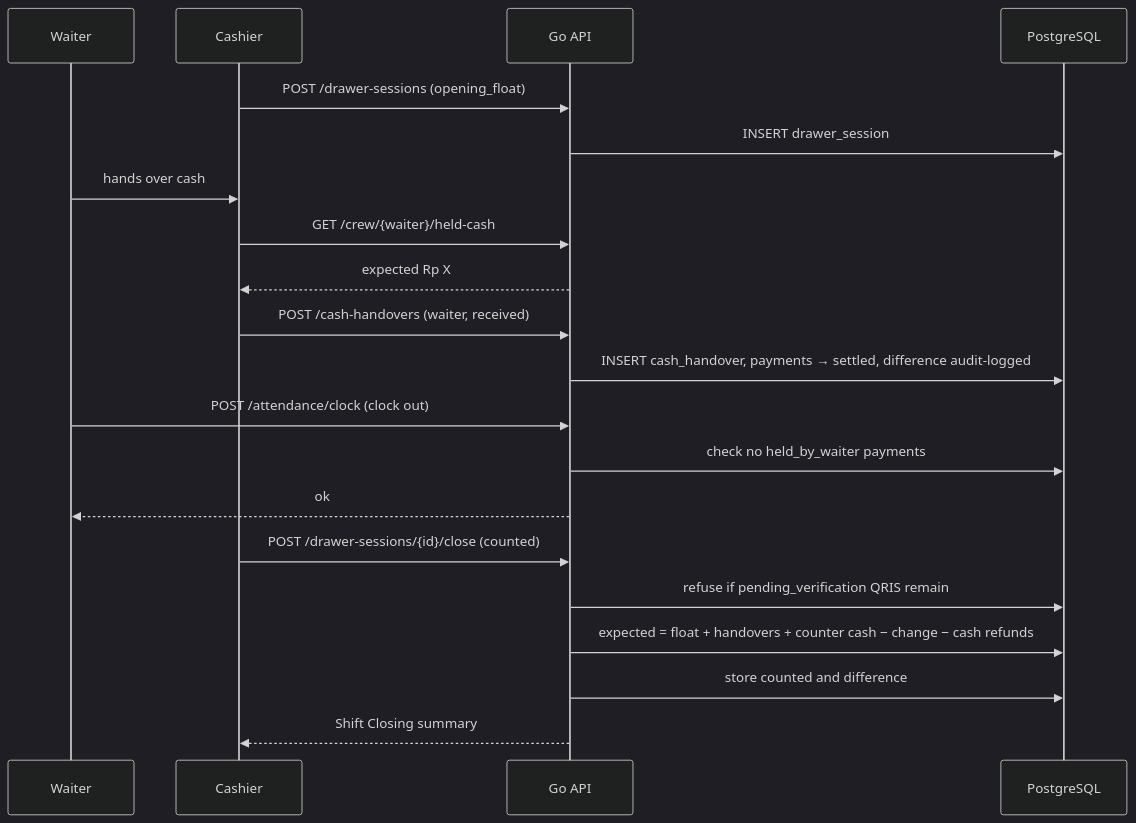
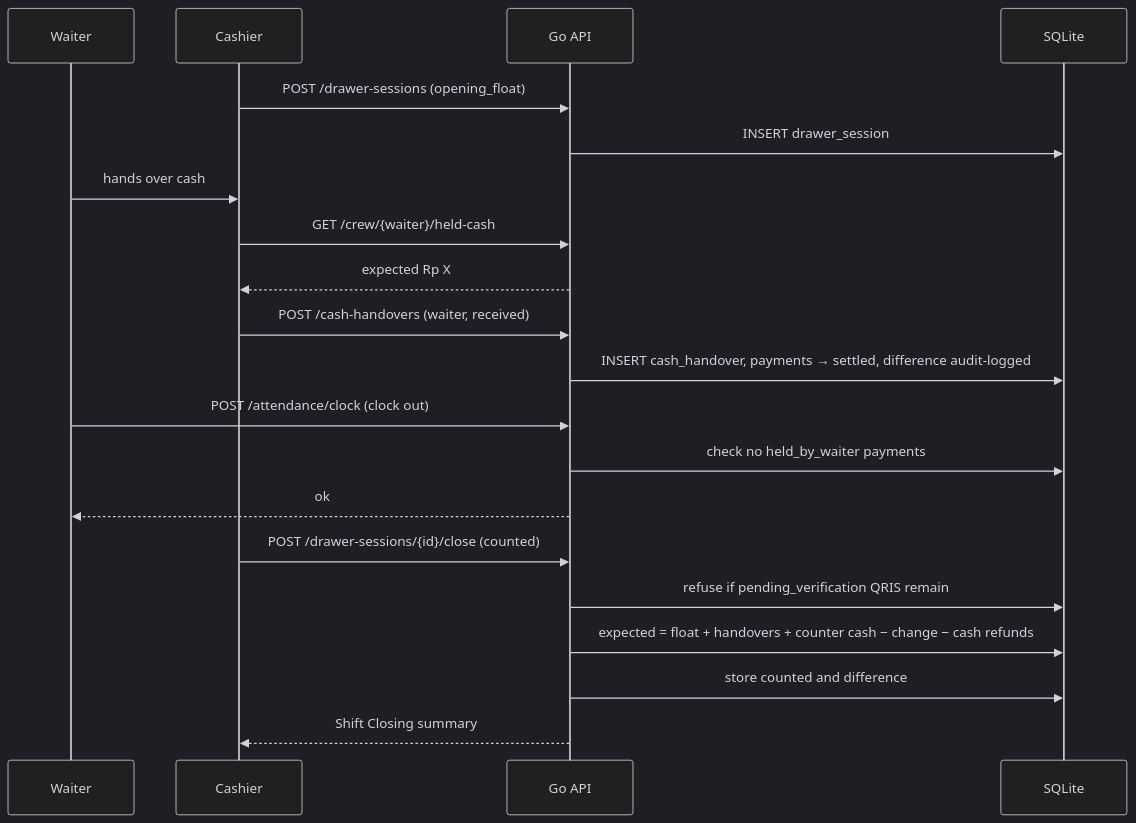
One commit to morpikssolutionsDev/Shusi_latte changed diagram 33 of 35 in docs/OVERVIEW-AND-FLOWS.md. Above: the diagram before and after it, drawn with Mermaid (dark theme). The commit also changed other lines of this file and 105 other files, not shown here.

````diff
--- a/docs/OVERVIEW-AND-FLOWS.md
+++ b/docs/OVERVIEW-AND-FLOWS.md
@@ -844,22 +845,22 @@
 ```mermaid
 sequenceDiagram
   participant W as Waiter
   participant C as Cashier
   participant API as Go API
-  participant DB as PostgreSQL
+  participant DB as SQLite
   C->>API: POST /drawer-sessions (opening_float)
   API->>DB: INSERT drawer_session
   W->>C: hands over cash
   C->>API: GET /crew/{waiter}/held-cash
   API-->>C: expected Rp X
   C->>API: POST /cash-handovers (waiter, received)
   API->>DB: INSERT cash_handover, payments → settled, difference audit-logged
   W->>API: POST /attendance/clock (clock out)
   API->>DB: check no held_by_waiter payments
   API-->>W: ok
   C->>API: POST /drawer-sessions/{id}/close (counted)
   API->>DB: refuse if pending_verification QRIS remain
   API->>DB: expected = float + handovers + counter cash − change − cash refunds
   API->>DB: store counted and difference
   API-->>C: Shift Closing summary
 ```
````
